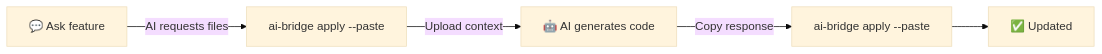
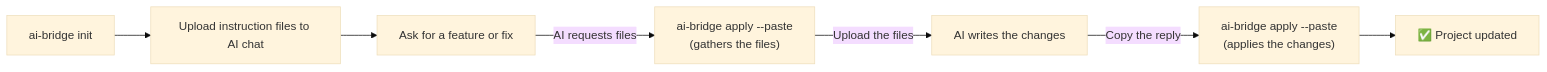
One commit to arpanvgm/ai-bridge changed the diagram in README.md. Above: the diagram before and after it, drawn with Mermaid (base theme). The commit also changed other lines of this file and 1 other file, not shown here.

```diff
--- a/README.md
+++ b/README.md
@@ -190,7 +34,9 @@
 ~~~mermaid
 flowchart LR
-    A["💬 Ask feature"] -->|AI requests files| B["ai-bridge apply --paste"]
-    B -->|Upload context| C["🤖 AI generates code"]
-    C -->|Copy response| D["ai-bridge apply --paste"]
-    D --> E["✅ Updated"]
+    A["ai-bridge init"] --> B["Upload instruction files to AI chat"]
+    B --> C["Ask for a feature or fix"]
+    C -->|"AI requests files"| D["ai-bridge apply --paste<br/>(gathers the files)"]
+    D -->|"Upload the files"| E["AI writes the changes"]
+    E -->|"Copy the reply"| F["ai-bridge apply --paste<br/>(applies the changes)"]
+    F --> G["✅ Project updated"]
 ~~~
```
